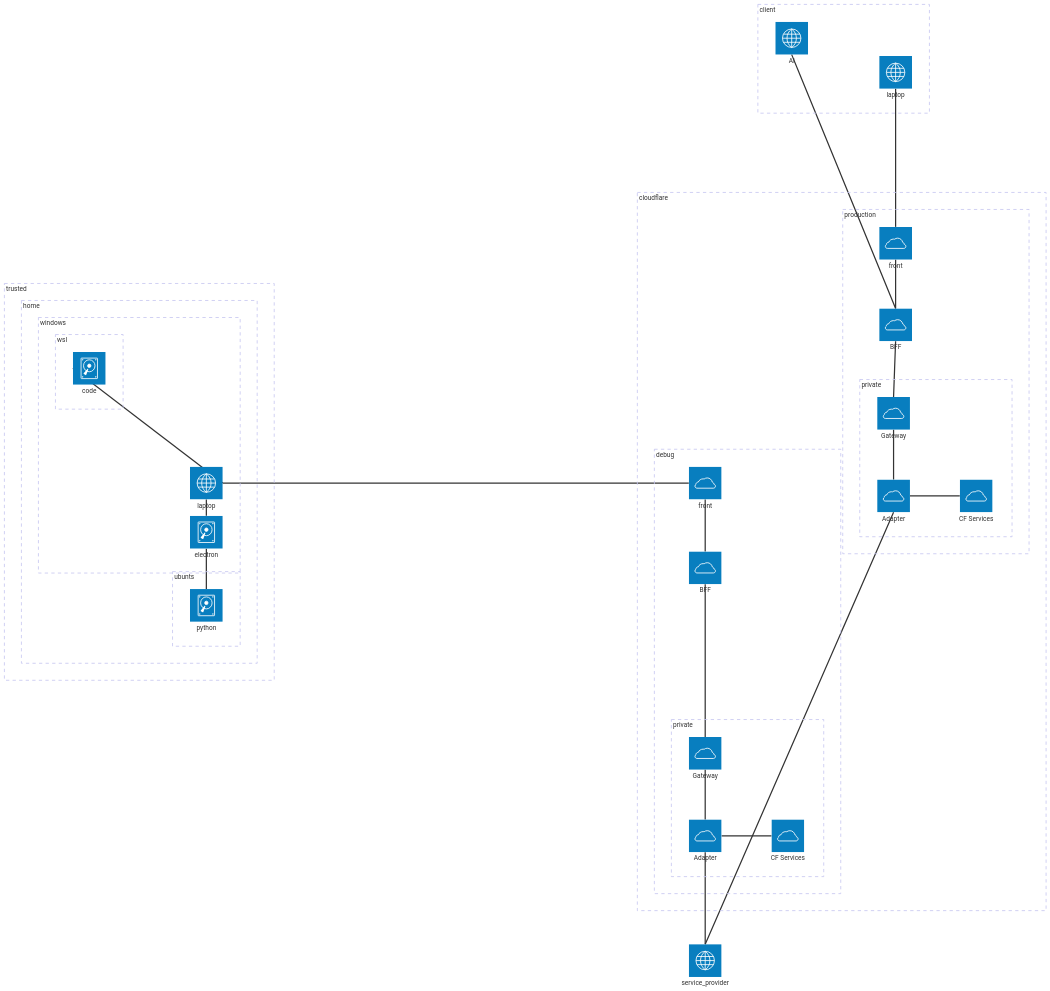
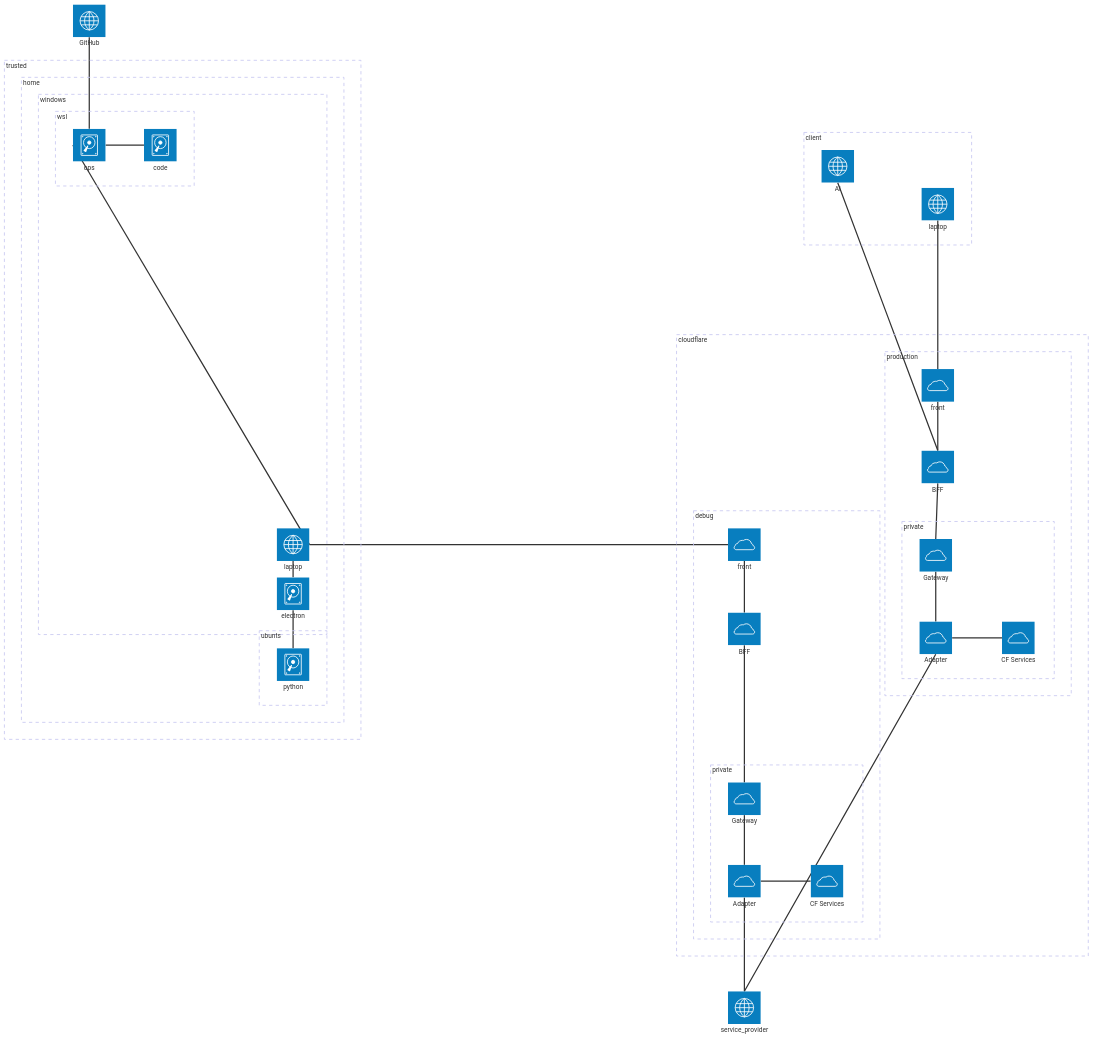
The diagram in architecture.mmd (tachiiri-org/cloude-ops), drawn with Mermaid before and after one commit. The commit also changed 2 other files, not shown here.

Commit message:
Add ops/GitHub to architecture and improve onboarding role classification
- Add GitHub as external service (SoT) in architecture.mmd
- Add ops service in wsl group representing local claude-ops copy
- Wire github→ops (pull from SoT) and ops→code (config provision) connections
- Update laptop connection to point to ops instead of code directly
- Update onboarding command (Claude Code and Codex) to classify repo role
  by cross-referencing architecture.mmd; add ops to the role list

```diff
--- a/architecture.mmd
+++ b/architecture.mmd
@@ -1,52 +1,56 @@
 architecture-beta
   group cloudflare[cloudflare]
   group prod[production] in cloudflare
   group private_prod[private] in prod
   group dbg[debug] in cloudflare
   group private_dbg[private] in dbg
   group trusted[trusted]
   group home[home] in trusted
   group windows[windows] in home
   group wsl[wsl] in windows
   group ubunts[ubunts] in home
   group client[client]
 
   service laptop(internet)[laptop] in trusted
   service client_laptop(internet)[laptop] in client
   service AI(internet)[AI] in client
+  service ops(disk)[ops] in wsl
   service code(disk)[code] in wsl
   service electron(disk)[electron] in windows
   service gpu_engine(disk)[python] in ubunts
 
   service pages_prod(cloud)[front] in prod
   service bff_prod(cloud)[BFF] in prod
   service gateway_prod(cloud)[Gateway] in private_prod
   service adapter_prod(cloud)[Adapter] in private_prod
   service cf_engine_prod(cloud)[CF Services] in private_prod
 
   service pages_dbg(cloud)[front] in dbg
   service bff_dbg(cloud)[BFF] in dbg
   service gateway_dbg(cloud)[Gateway] in private_dbg
   service adapter_dbg(cloud)[Adapter] in private_dbg
   service cf_engine_dbg(cloud)[CF Services] in private_dbg
 
+  service github(internet)[GitHub]
   service service_provider(internet)[service_provider]
 
+  github:B -- T:ops
+  ops:R -- L:code
   laptop:B -- T:electron
-  laptop:R -- L:code
+  laptop:R -- L:ops
   electron:B -- T:gpu_engine
 
   client_laptop:B -- T:pages_prod
   AI:B -- T:bff_prod
   pages_prod:B -- T:bff_prod
   bff_prod:B -- T:gateway_prod
   gateway_prod:B -- T:adapter_prod
   adapter_prod:R -- L:cf_engine_prod
   adapter_prod:B -- T:service_provider
 
   laptop:R -- L:pages_dbg
   pages_dbg:B -- T:bff_dbg
   bff_dbg:B -- T:gateway_dbg
   gateway_dbg:B -- T:adapter_dbg
   adapter_dbg:R -- L:cf_engine_dbg
   adapter_dbg:B -- T:service_provider
```
